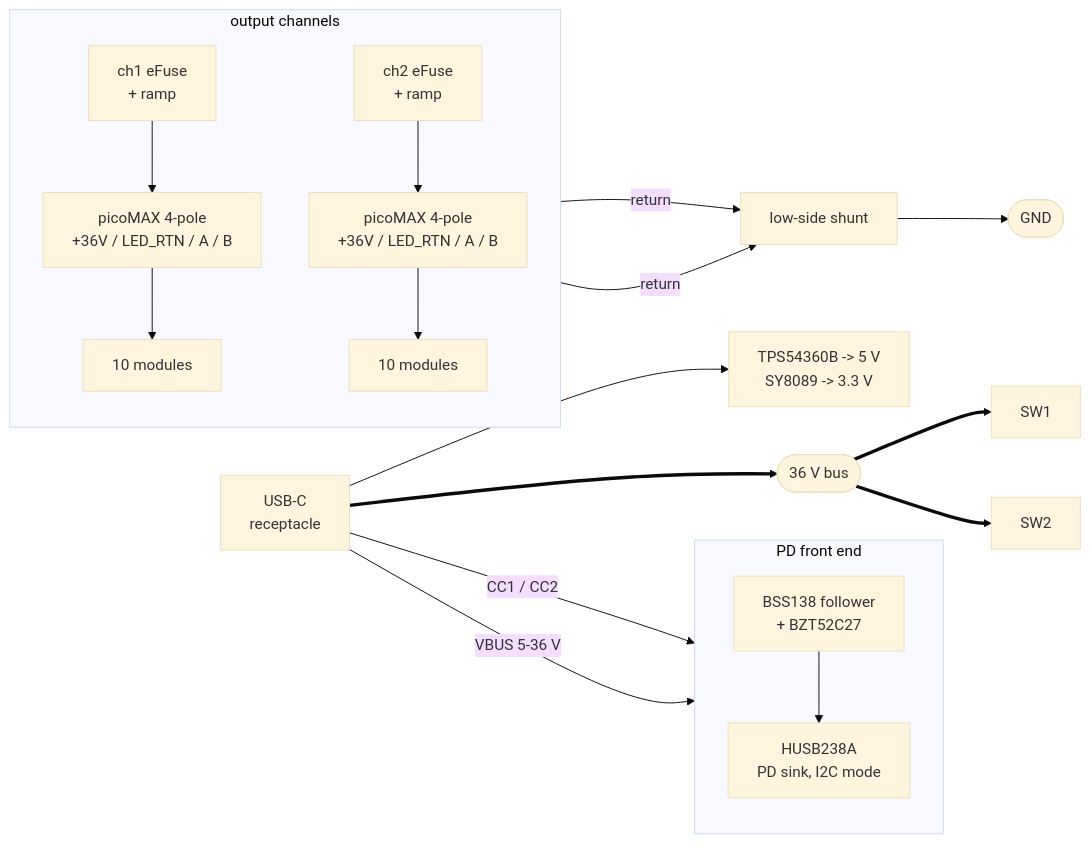
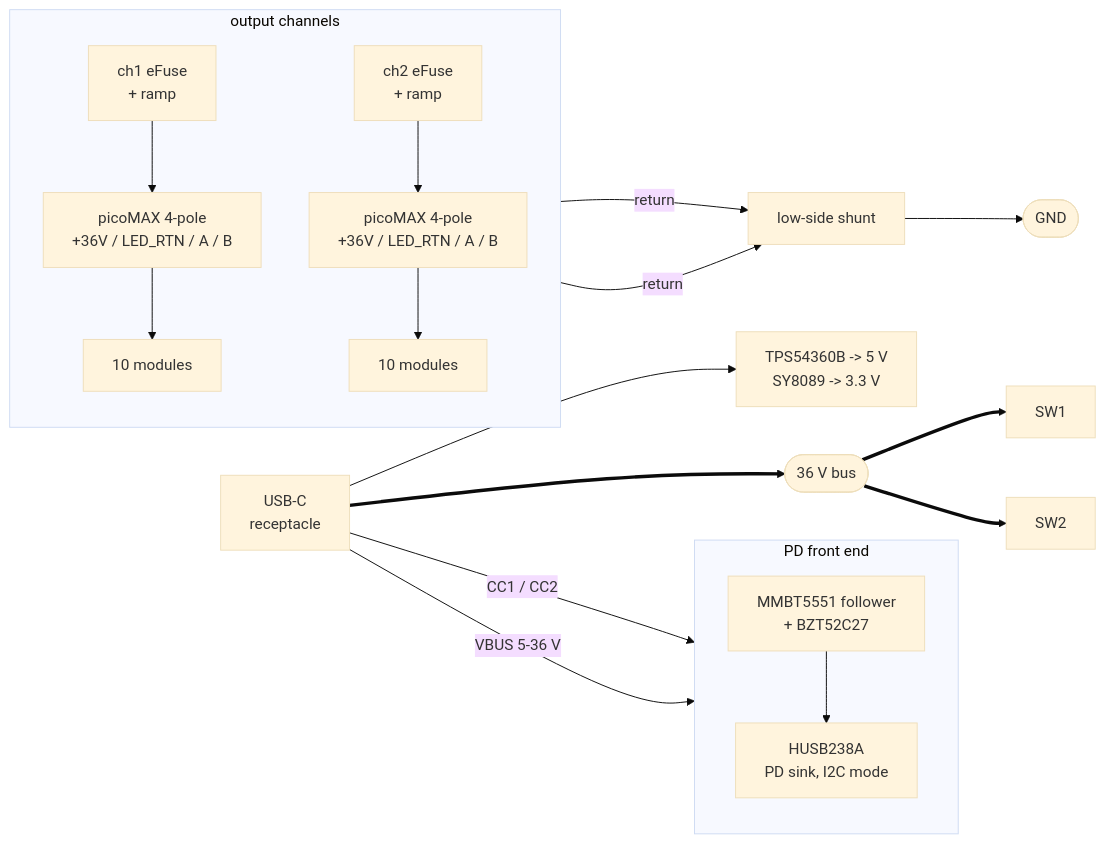
The first of 4 diagrams in designs/led-matrix-controller/README.md (lucsoft/pcb-design), drawn with Mermaid (base theme) before and after one commit. The commit also changed other lines of this file and 14 other files, not shown here.

````diff
--- a/designs/led-matrix-controller/README.md
+++ b/designs/led-matrix-controller/README.md
@@ -69,32 +69,32 @@
 ```mermaid
 flowchart LR
     USBC["USB-C<br/>receptacle"]
 
     subgraph FE["PD front end"]
         direction TB
-        RZ["BSS138 follower<br/>+ BZT52C27"]
+        RZ["MMBT5551 follower<br/>+ BZT52C27"]
         PD["HUSB238A<br/>PD sink, I2C mode"]
     end
 
     BUS(["36 V bus"])
 
     subgraph CH["output channels"]
         direction TB
         EF1["ch1 eFuse<br/>+ ramp"] --> CN1["picoMAX 4-pole<br/>+36V / LED_RTN / A / B"] --> M1["10 modules"]
         EF2["ch2 eFuse<br/>+ ramp"] --> CN2["picoMAX 4-pole<br/>+36V / LED_RTN / A / B"] --> M2["10 modules"]
     end
 
     RAILS["TPS54360B -> 5 V<br/>SY8089 -> 3.3 V"]
     SHUNT["low-side shunt"]
     GND(["GND"])
 
     USBC -->|"CC1 / CC2"| PD
     USBC -->|"VBUS 5-36 V"| RZ --> PD
     USBC --> RAILS
     USBC ==> BUS
     BUS ==> SW1
     BUS ==> SW2
     M1 -->|return| SHUNT
     M2 -->|return| SHUNT
     SHUNT --> GND
 ```
````
